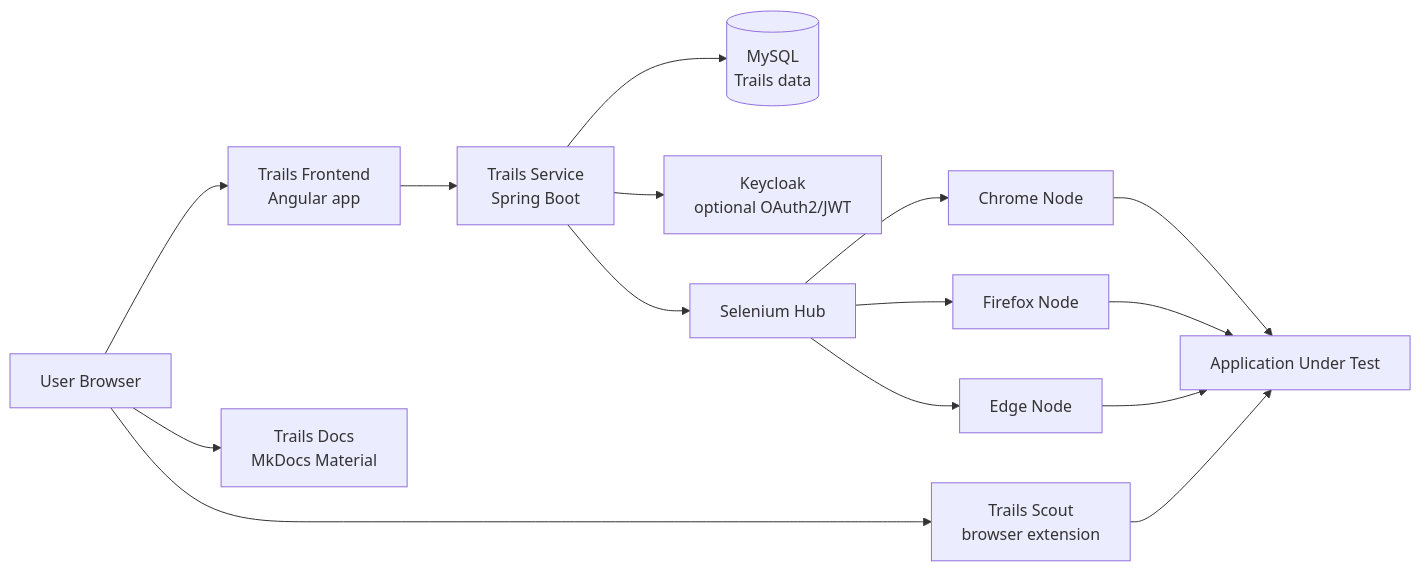
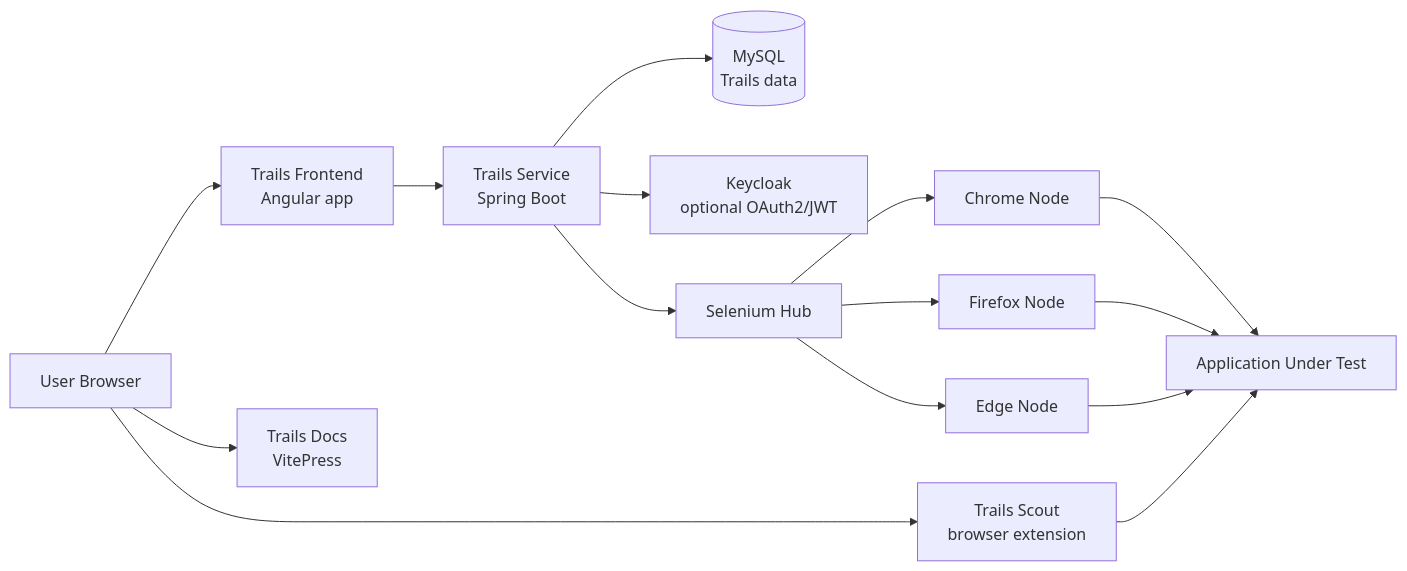
Before and after one commit to yaforster/trails-docs: the diagram in docs/diagrams/deployment-context.mmd, drawn with Mermaid. The commit also changed 23 other files, not shown here.

Commit message:
Added assets for technology icons. Fixed error preventing rendering of mermaid graphs.

```diff
--- a/docs/diagrams/deployment-context.mmd
+++ b/docs/diagrams/deployment-context.mmd
@@ -1,28 +1,28 @@
 flowchart LR
     user["User Browser"]
     scout["Trails Scout<br/>browser extension"]
     frontend["Trails Frontend<br/>Angular app"]
     service["Trails Service<br/>Spring Boot"]
     mysql[("MySQL<br/>Trails data")]
     keycloak["Keycloak<br/>optional OAuth2/JWT"]
     hub["Selenium Hub"]
     chrome["Chrome Node"]
     firefox["Firefox Node"]
     edge["Edge Node"]
     target["Application Under Test"]
-    docs["Trails Docs<br/>MkDocs Material"]
+    docs["Trails Docs<br/>VitePress"]
 
     user --> frontend
     user --> docs
     user --> scout
     frontend --> service
     service --> mysql
     service --> keycloak
     service --> hub
     hub --> chrome
     hub --> firefox
     hub --> edge
     chrome --> target
     firefox --> target
     edge --> target
     scout --> target
```
